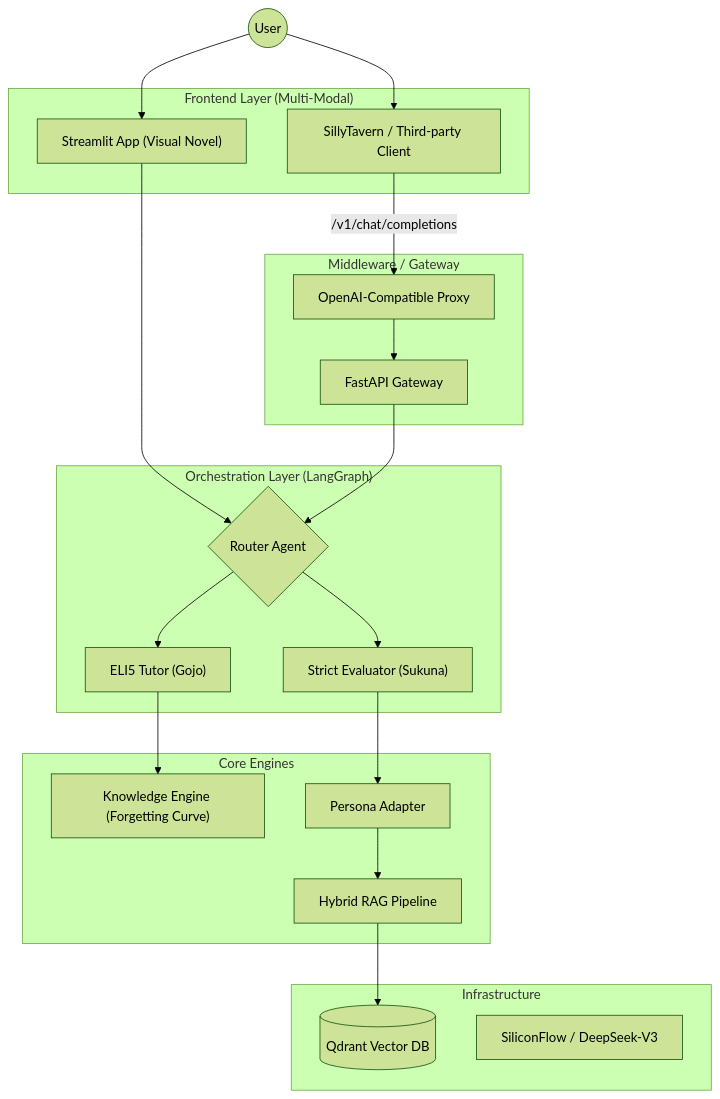
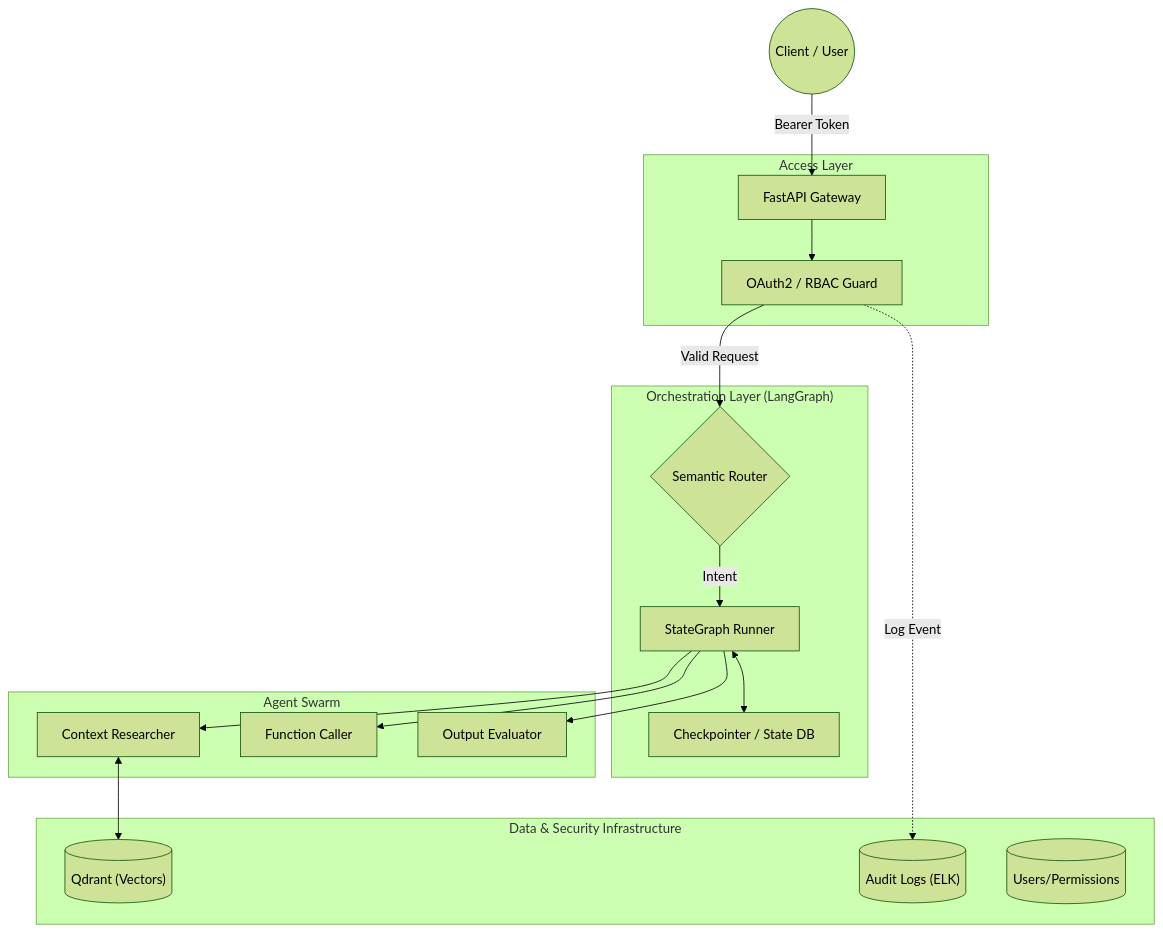
Before and after one commit to gabby1111111111/Aegis-Isle: the diagram in README.md, drawn with Mermaid (forest theme). The commit also changed other lines of this file and 4 other files, not shown here.

````diff
--- a/README.md
+++ b/README.md
@@ -21,42 +43,38 @@
 ```mermaid
 graph TD
-    User((User))
+    User((Client / User))
     
-    subgraph "Frontend Layer (Multi-Modal)"
-        Streamlit["Streamlit App (Visual Novel)"]
-        SillyTavern["SillyTavern / Third-party Client"]
-    end
-
-    subgraph "Middleware / Gateway"
-        API[FastAPI Gateway]
-        Proxy[OpenAI-Compatible Proxy]
+    subgraph "Access Layer"
+        Gateway[FastAPI Gateway]
+        Auth[OAuth2 / RBAC Guard]
     end
 
     subgraph "Orchestration Layer (LangGraph)"
-        Router{Router Agent}
-        Evaluator["Strict Evaluator (Sukuna)"]
-        Tutor["ELI5 Tutor (Gojo)"]
+        Router{Semantic Router}
+        Graph[StateGraph Runner]
+        Memory[Checkpointer / State DB]
     end
 
-    subgraph "Core Engines"
-        KE["Knowledge Engine (Forgetting Curve)"]
-        PM[Persona Adapter]
-        RAG[Hybrid RAG Pipeline]
+    subgraph "Agent Swarm"
+        Researcher[Context Researcher]
+        Coder[Function Caller]
+        Critic[Output Evaluator]
     end
 
-    subgraph "Infrastructure"
-        Qdrant[("Qdrant Vector DB")]
-        LLM["SiliconFlow / DeepSeek-V3"]
+    subgraph "Data & Security Infrastructure"
+        VectorDB[("Qdrant (Vectors)")]
+        Audit[("Audit Logs (ELK)")]
+        Relational[("Users/Permissions")]
     end
 
-    User --> Streamlit
-    User --> SillyTavern
+    User -->|Bearer Token| Gateway
+    Gateway --> Auth
+    Auth -->|Valid Request| Router
     
-    Streamlit --> Router
-    SillyTavern -->|/v1/chat/completions| Proxy
-    Proxy --> API --> Router
+    Router -->|Intent| Graph
+    Graph --> Researcher & Coder & Critic
+    Graph <--> Memory
     
-    Router --> Evaluator & Tutor
-    Evaluator --> PM --> RAG --> Qdrant
-    Tutor --> KE
+    Researcher <--> VectorDB
+    Auth -.->|Log Event| Audit
 ```
````
